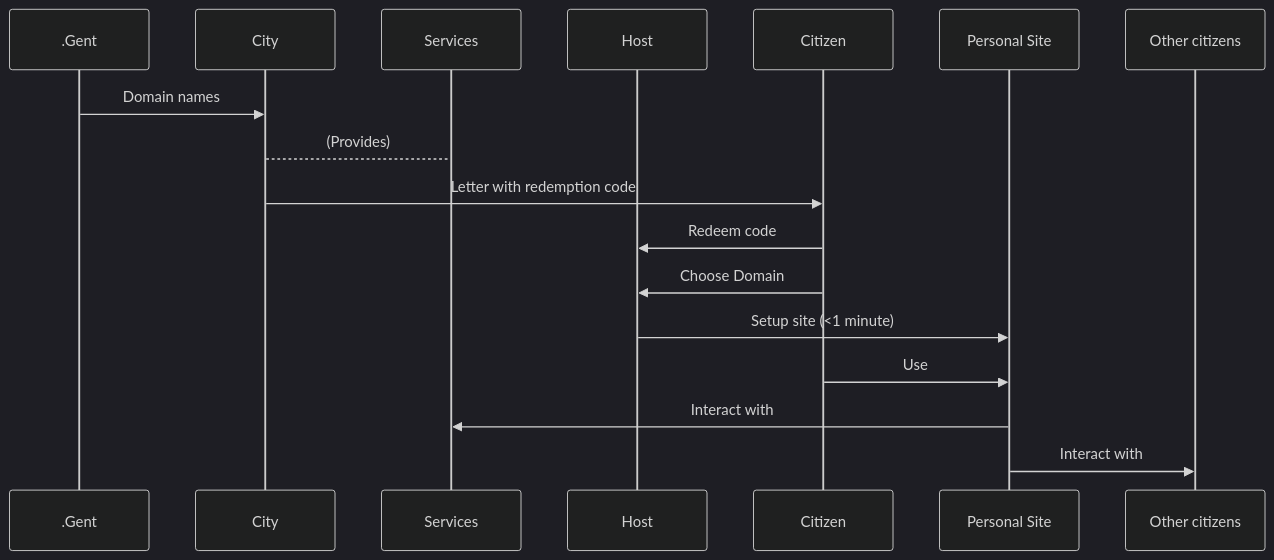
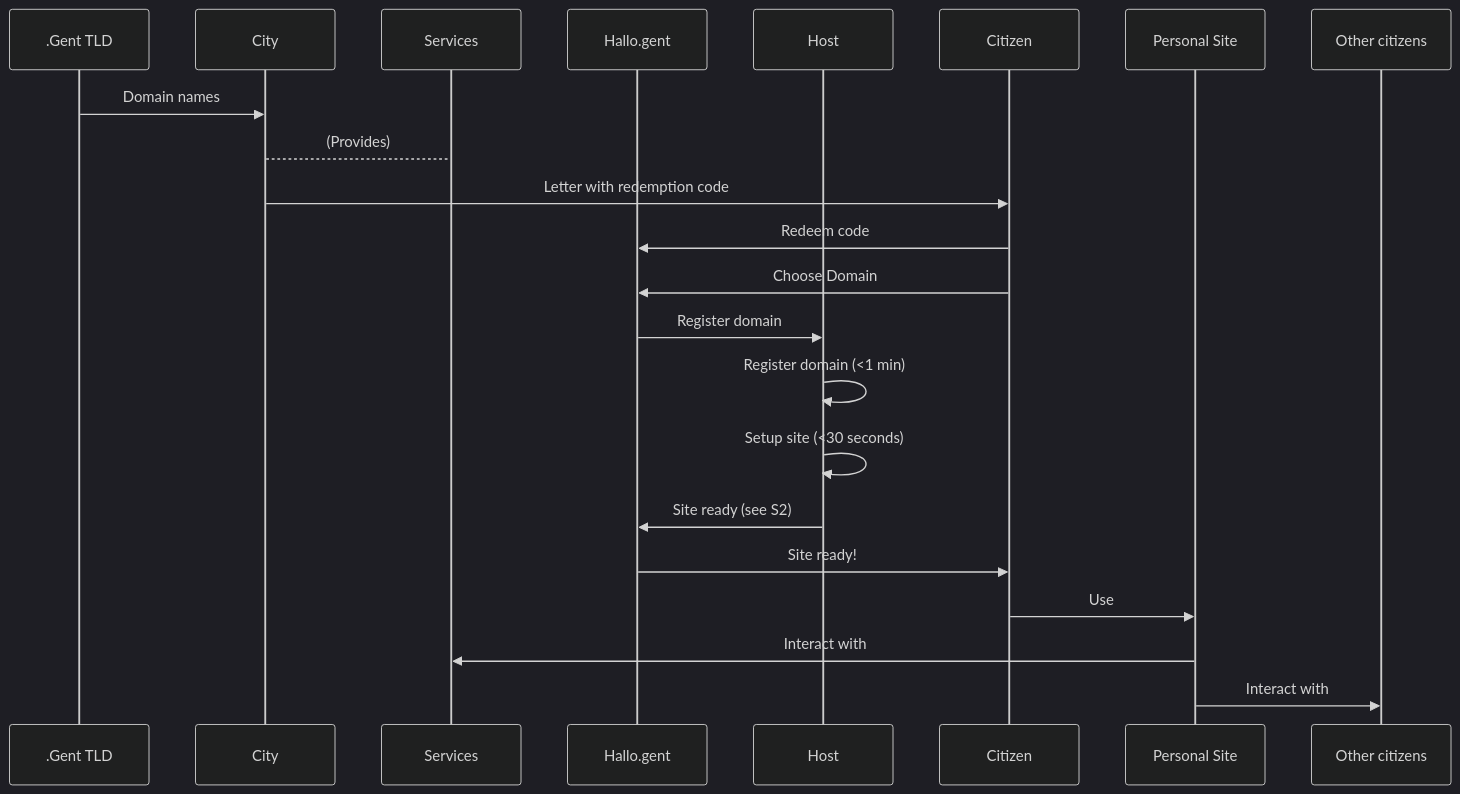
One commit to indie-mirror/indienet-docs changed the diagram in content/hallo.gent/_index.en.md. Above: the diagram before and after it, drawn with Mermaid (dark theme). The commit also changed other lines of this file and 1 other file, not shown here.

Commit message:
Update Hallo.gent page, add detail sequence diagram on domain setup

```diff
--- a/content/hallo.gent/_index.en.md
+++ b/content/hallo.gent/_index.en.md
@@ -18,20 +22,25 @@
 {{<mermaid align="left">}}
 sequenceDiagram
-  participant A as .Gent
+  participant A as .Gent TLD
   participant B as City
   participant C as Services
+  participant C2 as Hallo.gent
   participant D as Host
   participant E as Citizen
   participant F as Personal Site
   participant G as Other citizens
 
   A->>B: Domain names
   B-->C: (Provides)
   B->>E: Letter with redemption code
-  E->>D: Redeem code
-  E->>D: Choose Domain
-  D->>F: Setup site (<1 minute)
+  E->>C2: Redeem code
+  E->>C2: Choose Domain
+  C2->>D: Register domain
+  D->>D: Register domain (<1 min)
+  D->>D: Setup site (<30 seconds)
+  D->>C2: Site ready (see S2)
+  C2->>E: Site ready!
   E->>F: Use
   F->>C: Interact with
   F->>G: Interact with
 {{< /mermaid >}}
```
